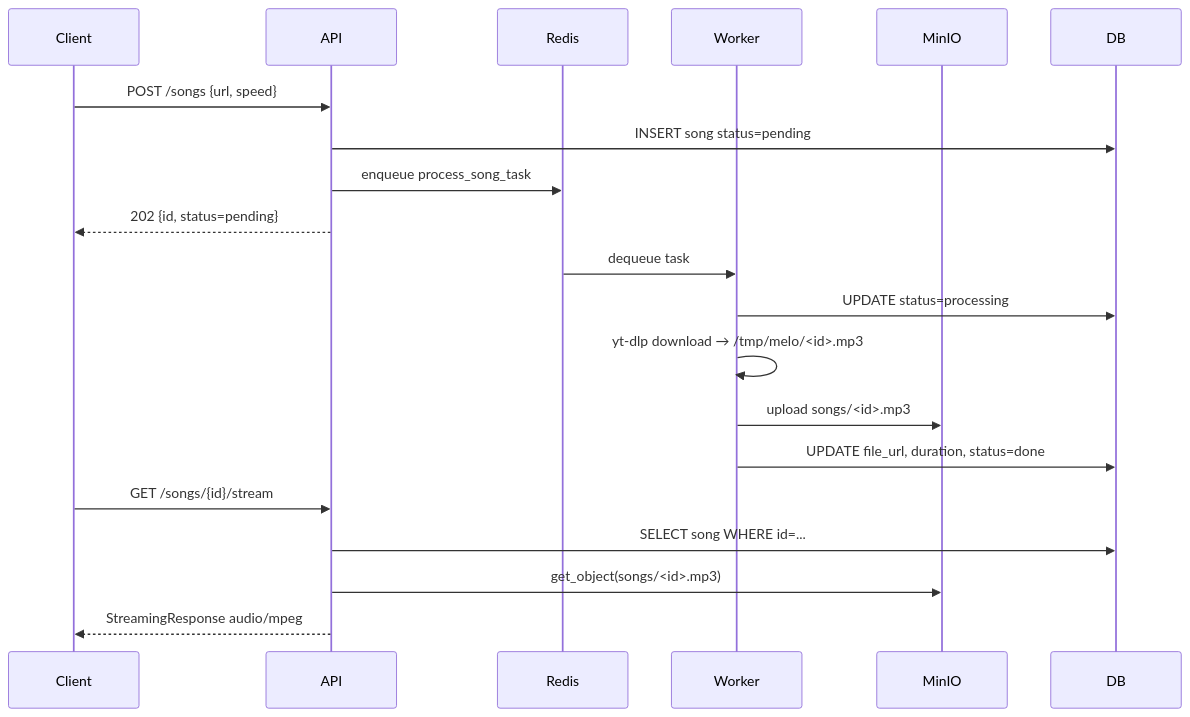
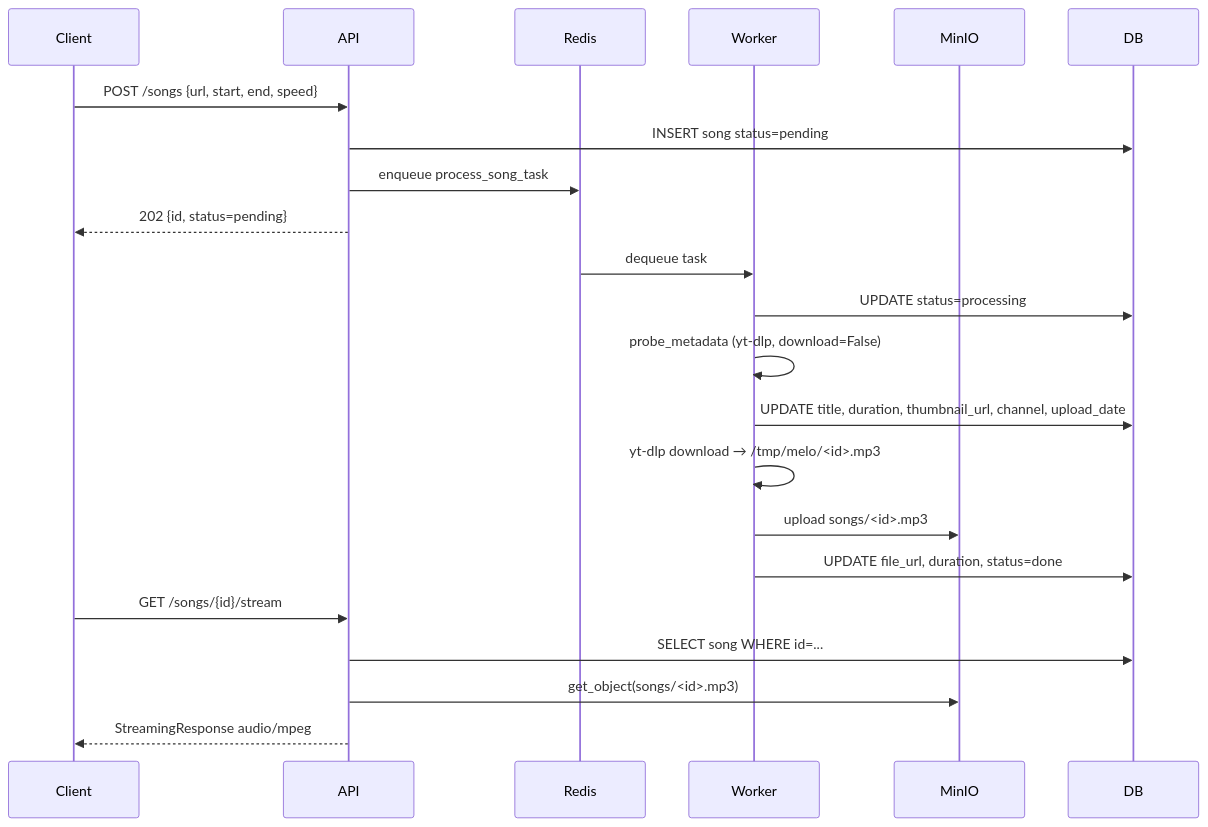
The second of 5 diagrams in README.md (KarthikUdyawar/melo), drawn with Mermaid before and after one commit. The commit also changed other lines of this file and 6 other files, not shown here.

````diff
--- a/README.md
+++ b/README.md
@@ -42,25 +43,27 @@
 ```mermaid
 sequenceDiagram
     participant C as Client
     participant A as API
     participant R as Redis
     participant W as Worker
     participant M as MinIO
     participant D as DB
 
-    C->>A: POST /songs {url, speed}
+    C->>A: POST /songs {url, start, end, speed}
     A->>D: INSERT song status=pending
     A->>R: enqueue process_song_task
     A-->>C: 202 {id, status=pending}
 
     R->>W: dequeue task
     W->>D: UPDATE status=processing
+    W->>W: probe_metadata (yt-dlp, download=False)
+    W->>D: UPDATE title, duration, thumbnail_url, channel, upload_date
     W->>W: yt-dlp download → /tmp/melo/<id>.mp3
     W->>M: upload songs/<id>.mp3
     W->>D: UPDATE file_url, duration, status=done
 
     C->>A: GET /songs/{id}/stream
     A->>D: SELECT song WHERE id=...
     A->>M: get_object(songs/<id>.mp3)
     A-->>C: StreamingResponse audio/mpeg
 ```
````
